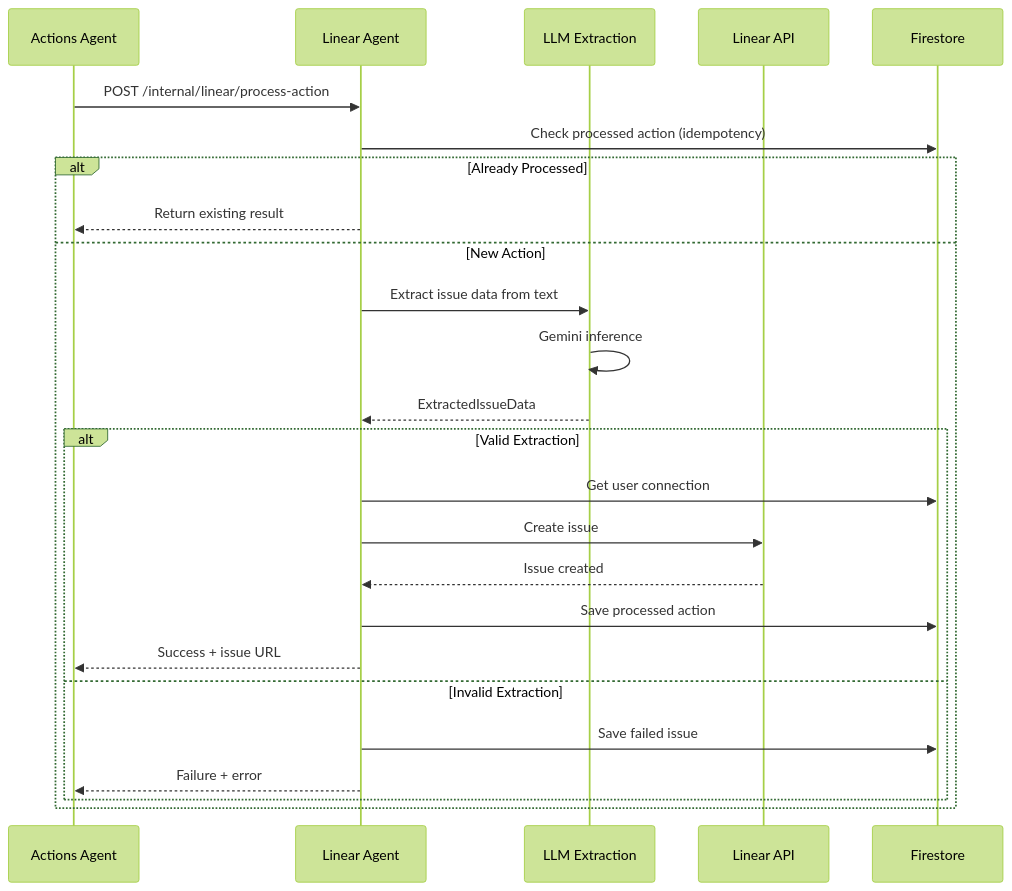
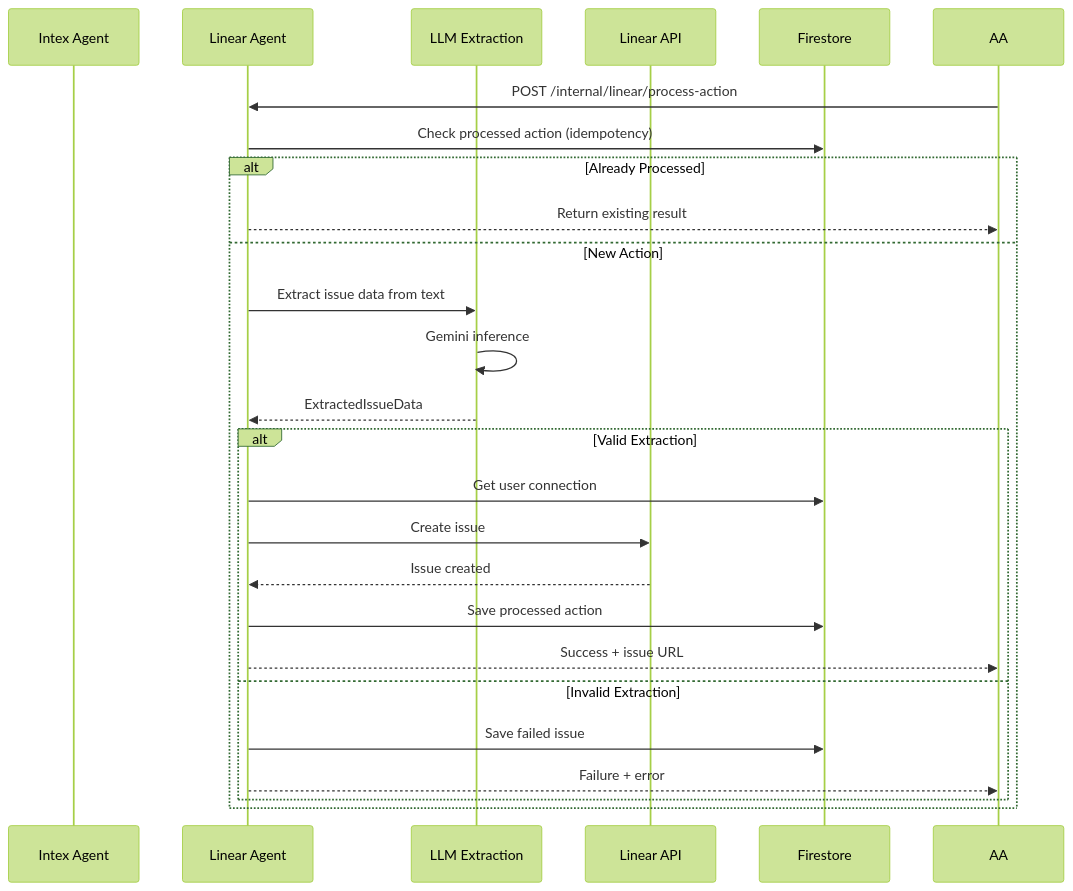
Before and after one commit to pbuchman/intexuraos: the second of 5 diagrams in docs/services/linear-agent/technical.md, drawn with Mermaid (forest theme). The commit also changed other lines of this file and 607 other files, not shown here.

````diff
--- a/docs/services/linear-agent/technical.md
+++ b/docs/services/linear-agent/technical.md
@@ -130,28 +130,28 @@
 ```mermaid
 sequenceDiagram
-    participant AA as Actions Agent
+    participant Intex as Intex Agent
     participant LA as Linear Agent
     participant LES as LLM Extraction
     participant Linear as Linear API
     participant FS as Firestore
 
     AA->>LA: POST /internal/linear/process-action
     LA->>FS: Check processed action (idempotency)
     alt Already Processed
         LA-->>AA: Return existing result
     else New Action
         LA->>LES: Extract issue data from text
         LES->>LES: Gemini inference
         LES-->>LA: ExtractedIssueData
         alt Valid Extraction
             LA->>FS: Get user connection
             LA->>Linear: Create issue
             Linear-->>LA: Issue created
             LA->>FS: Save processed action
             LA-->>AA: Success + issue URL
         else Invalid Extraction
             LA->>FS: Save failed issue
             LA-->>AA: Failure + error
         end
     end
 ```
````
